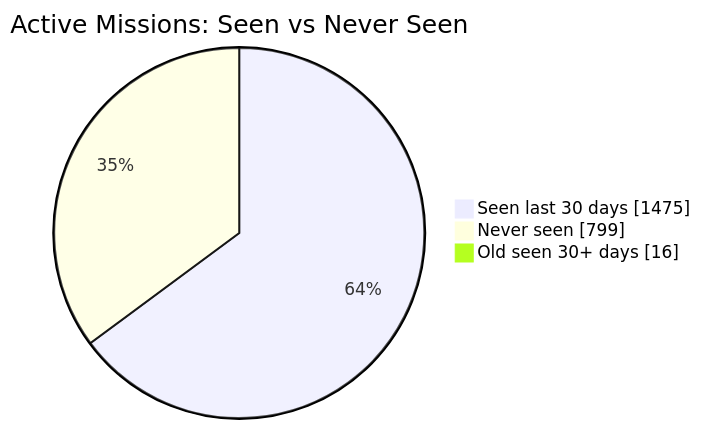
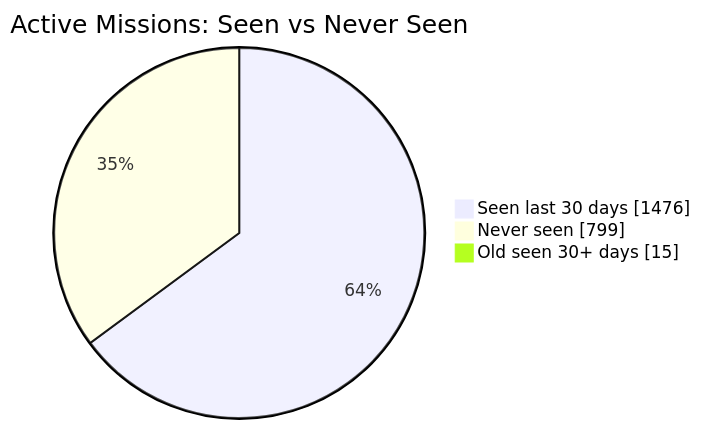
One commit to MeldkamerspelGameTeam/active-missions changed the first of 2 diagrams in README.md. Above: the diagram before and after it, drawn with Mermaid. The commit also changed other lines of this file and 2 other files, not shown here.

````diff
--- a/README.md
+++ b/README.md
@@ -34,7 +34,7 @@
 ```mermaid
 pie showData
     title Active Missions: Seen vs Never Seen
-    "Seen last 30 days" : 1475
+    "Seen last 30 days" : 1476
     "Never seen" : 799
-    "Old seen 30+ days" : 16
+    "Old seen 30+ days" : 15
 ```
````
